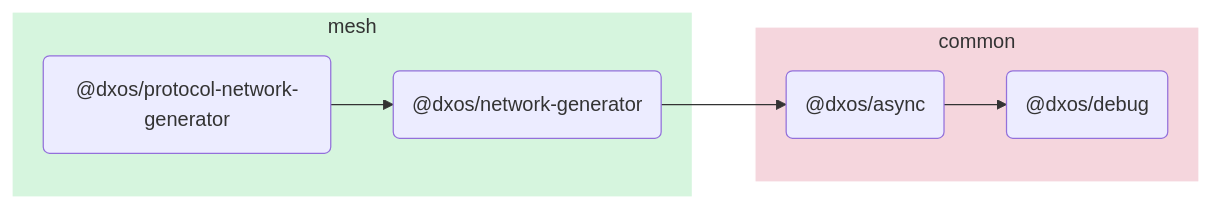
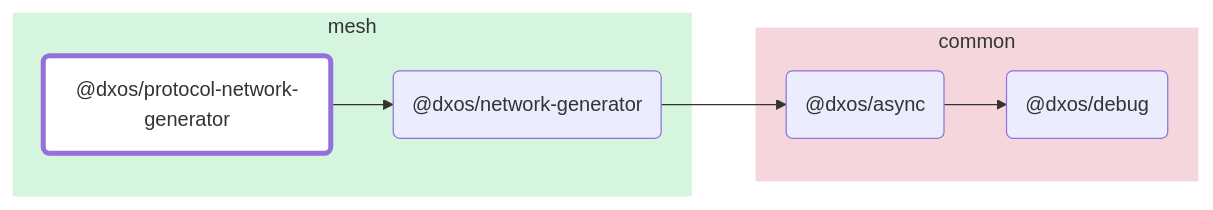
The diagram in packages/mesh/protocol-network-generator/docs/README.md (dxos/dxos), drawn with Mermaid before and after one commit. The commit also changed other lines of this file and 88 other files, not shown here.

````diff
--- a/packages/mesh/protocol-network-generator/docs/README.md
+++ b/packages/mesh/protocol-network-generator/docs/README.md
@@ -5,19 +7,24 @@
 ```mermaid
 flowchart LR;
+
+style dxos/protocol-network-generator fill:#fff,stroke-width:4px;
+
+click dxos/network-generator "https:/github.com/dxos/dxos/tree/main/packages/mesh/network-generator/docs";
+click dxos/async "https:/github.com/dxos/dxos/tree/main/packages/common/async/docs";
 
 subgraph mesh
   style mesh fill:#d6f5de,stroke:#fff;
   dxos/protocol-network-generator("@dxos/protocol-network-generator");
   dxos/network-generator("@dxos/network-generator");
 end
 
 subgraph common
   style common fill:#f5d6dd,stroke:#fff;
   dxos/async("@dxos/async");
   dxos/debug("@dxos/debug");
 end
 
 dxos/protocol-network-generator --> dxos/network-generator;
 dxos/network-generator --> dxos/async;
 dxos/async --> dxos/debug;
 ```
````
